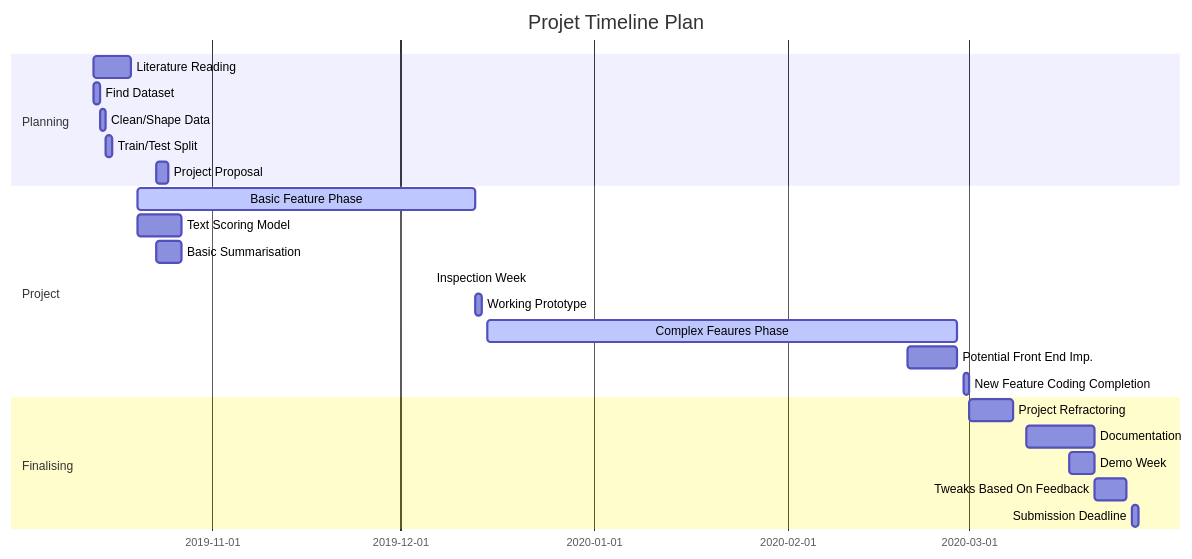
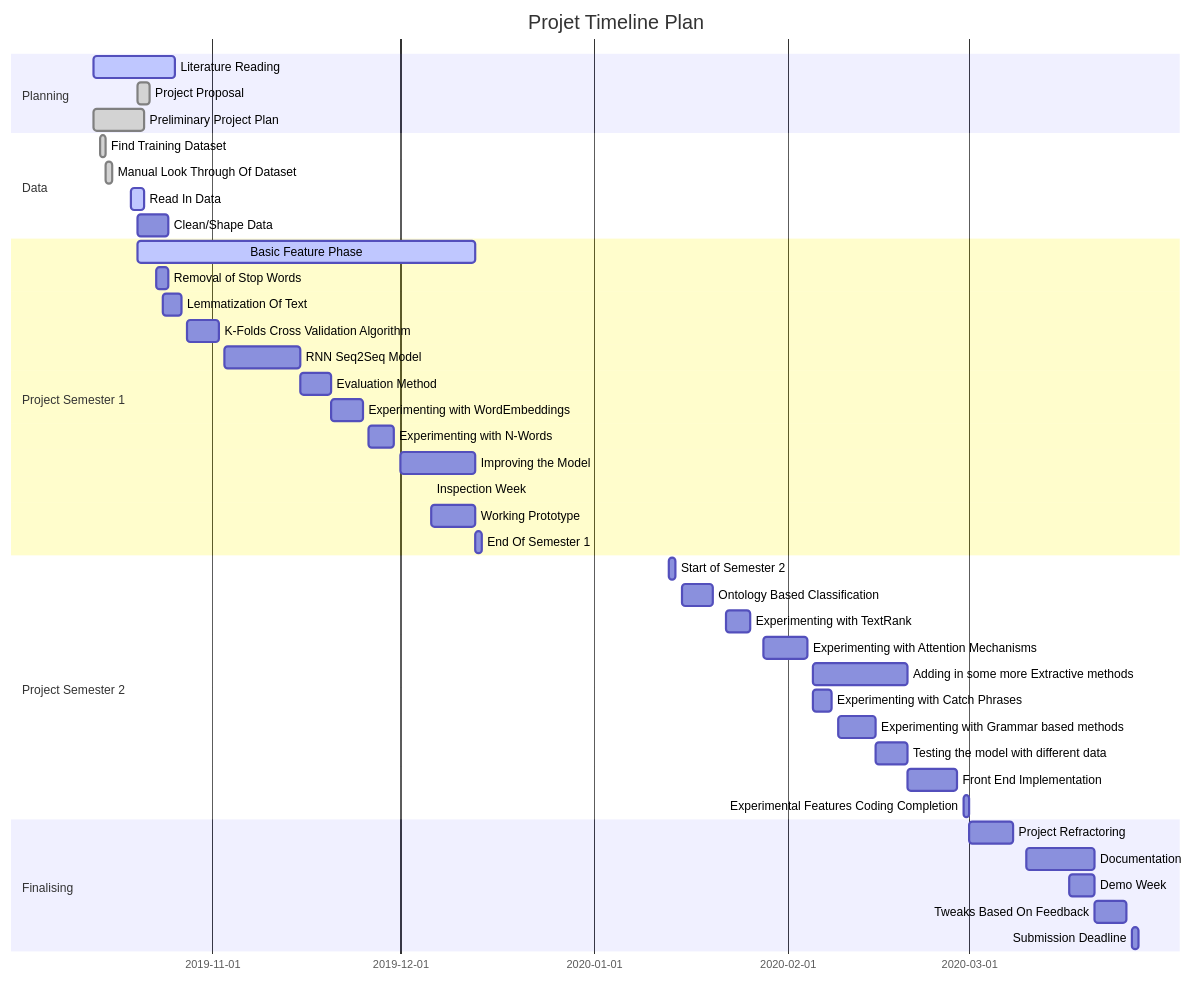
The diagram in README.md (bmistry12/text-summarisation), drawn with Mermaid before and after one commit. The commit also changed other lines of this file and 9 other files, not shown here.

````diff
--- a/README.md
+++ b/README.md
@@ -58,31 +66,50 @@
 ```mermaid
 gantt
 dateFormat  YYYY-MM-DD
 title Projet Timeline Plan
 
 
 section Planning
-Literature Reading            :         des1, 2019-10-13, 2019-10-19
-Find Dataset                  :         des2, 2019-10-13, 1d
-Clean/Shape Data              :         des3, 2019-10-14, 2019-10-15
-Train/Test Split              :         des3, 2019-10-15, 2019-10-16
-Project Proposal              :         des4, 2019-10-23, 2019-10-25
+Literature Reading                      :active,  des1, 2019-10-13, 2019-10-26
+Project Proposal                        :done,    des1, 2019-10-20, 2019-10-22
+Preliminary Project Plan                :done,    des1, 2019-10-13, 2019-10-21
 
-section Project
-Basic Feature Phase           :active,  des6, 2019-10-20, 2019-12-13
-Text Scoring Model            :         des1, 2019-10-20, 2019-10-27
-Basic Summarisation           :         des1, 2019-10-23, 2019-10-27
-Inspection Week               :         des3, 2019-12-13, 2019-12-06
-Working Prototype             :         des5, 2019-12-13, 1d
+section Data                  
+Find Training Dataset                   :done,    des1, 2019-10-14, 2019-10-15
+Manual Look Through Of Dataset          :done,    des1, 2019-10-15, 2019-10-16
+Read In Data                            :active,  des1, 2019-10-19, 2019-10-21
+Clean/Shape Data                        :         des1, 2019-10-20, 2019-10-25
 
-Complex Feaures Phase         :active,  des6, 2019-12-15, 2020-02-28
-Potential Front End Imp.      :         des6, 2020-02-20, 2020-02-28
-New Feature Coding Completion :         des6, 2020-02-29, 1d
+section Project Semester 1
+Basic Feature Phase                     :active,  des1, 2019-10-20, 2019-12-13
+Removal of Stop Words                   :         des1, 2019-10-23, 2019-10-25
+Lemmatization Of Text                   :         des1, 2019-10-24, 2019-10-27
+K-Folds Cross Validation Algorithm      :         des1, 2019-10-28, 2019-11-02
+RNN Seq2Seq Model                       :         des1, 2019-11-03, 2019-11-15
+Evaluation Method                       :         des1, 2019-11-15, 2019-11-20
+Experimenting with WordEmbeddings       :         des1, 2019-11-20, 2019-11-25
+Experimenting with N-Words              :         des1, 2019-11-26, 2019-11-30
+Improving the Model                     :         des1, 2019-12-01, 2019-12-13
+Inspection Week                         :         des1, 2019-12-13, 2019-12-06
+Working Prototype                       :         des1, 2019-12-06, 2019-12-13
+End Of Semester 1                       :         des1, 2019-12-13, 1d
+
+section Project Semester 2
+Start of Semester 2                     :         des1, 2020-01-13, 1d
+Ontology Based Classification           :         des1, 2020-01-15, 2020-01-20
+Experimenting with TextRank             :         des1, 2020-01-22, 2020-01-26
+Experimenting with Attention Mechanisms :         des1, 2020-01-28, 2020-02-04
+Adding in some more Extractive methods  :         des1, 2020-02-05, 2020-02-20
+Experimenting with Catch Phrases        :         des1, 2020-02-05, 2020-02-08
+Experimenting with Grammar based methods:         des1, 2020-02-09, 2020-02-15
+Testing the model with different data   :         des1, 2020-02-15, 2020-02-20 
+Front End Implementation                :         des1, 2020-02-20, 2020-02-28
+Experimental Features Coding Completion :         des1, 2020-02-29, 1d
 
 Section Finalising
-Project Refractoring          :         des6, 2020-03-01, 2020-03-08
-Documentation                 :         des6, 2020-03-10, 2020-03-21
-Demo Week                     :         des7, 2020-03-17, 2020-03-21
-Tweaks Based On Feedback      :         des7, 2020-03-21, 2020-03-26
-Submission Deadline           :         des8, 2020-03-27, 1d
+Project Refractoring                    :         des1, 2020-03-01, 2020-03-08
+Documentation                           :         des1, 2020-03-10, 2020-03-21
+Demo Week                               :         des1, 2020-03-17, 2020-03-21
+Tweaks Based On Feedback                :         des1, 2020-03-21, 2020-03-26
+Submission Deadline                     :         des1, 2020-03-27, 1d
 ```
````
